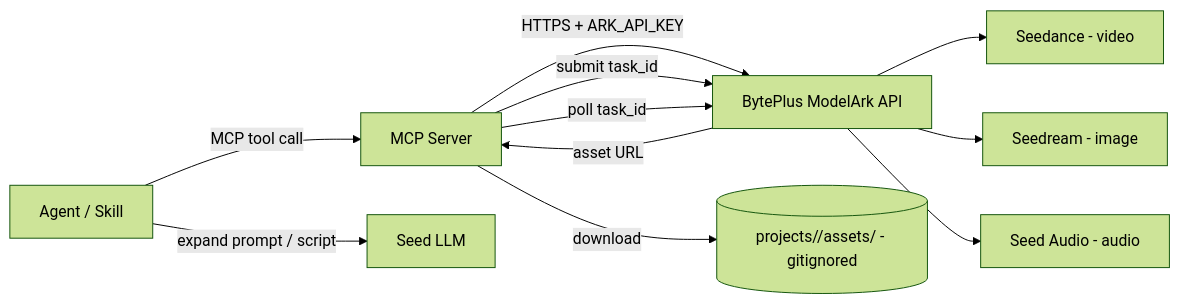
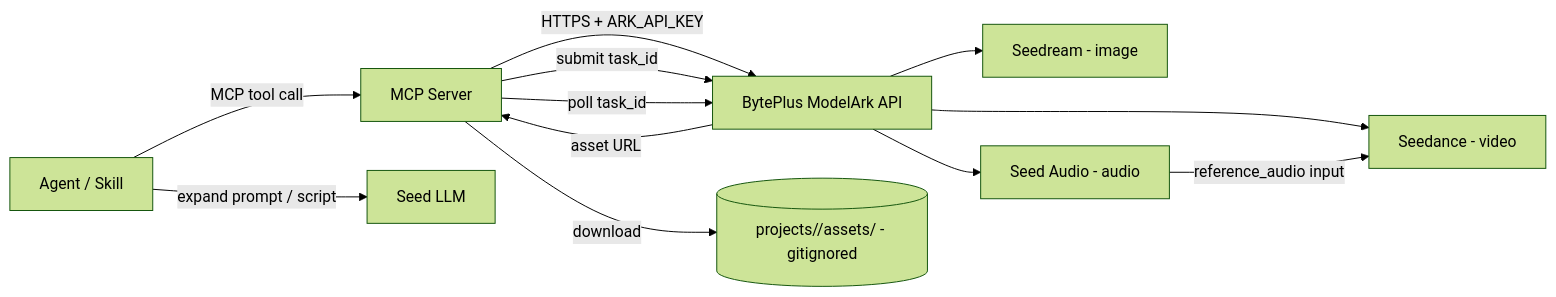
Before and after one commit to ArthurReimus-ByteDance/ark-director: the first of 3 diagrams in AGENTS.md, drawn with Mermaid (forest theme). The commit also changed other lines of this file, not shown here.

````diff
--- a/AGENTS.md
+++ b/AGENTS.md
@@ -46,13 +46,14 @@
 ```mermaid
 flowchart LR
   A[Agent / Skill] -->|MCP tool call| B[MCP Server]
   B -->|HTTPS + ARK_API_KEY| C[BytePlus ModelArk API]
   C --> D[Seedance - video]
   C --> E[Seedream - image]
   C --> F[Seed Audio - audio]
+  F -->|reference_audio input| D
   B -->|submit task_id| C
   B -->|poll task_id| C
   C -->|asset URL| B
   B -->|download| G[(projects/<project>/assets/ - gitignored)]
   A -->|expand prompt / script| H[Seed LLM]
 ```
````
